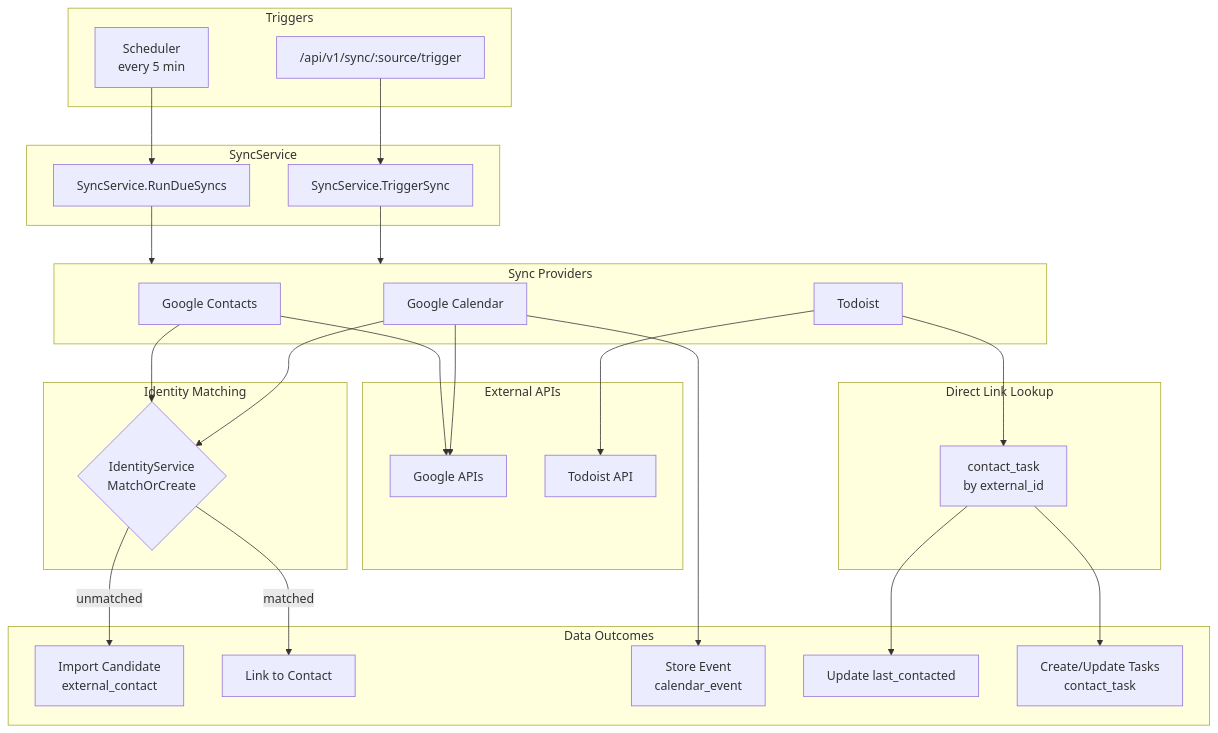
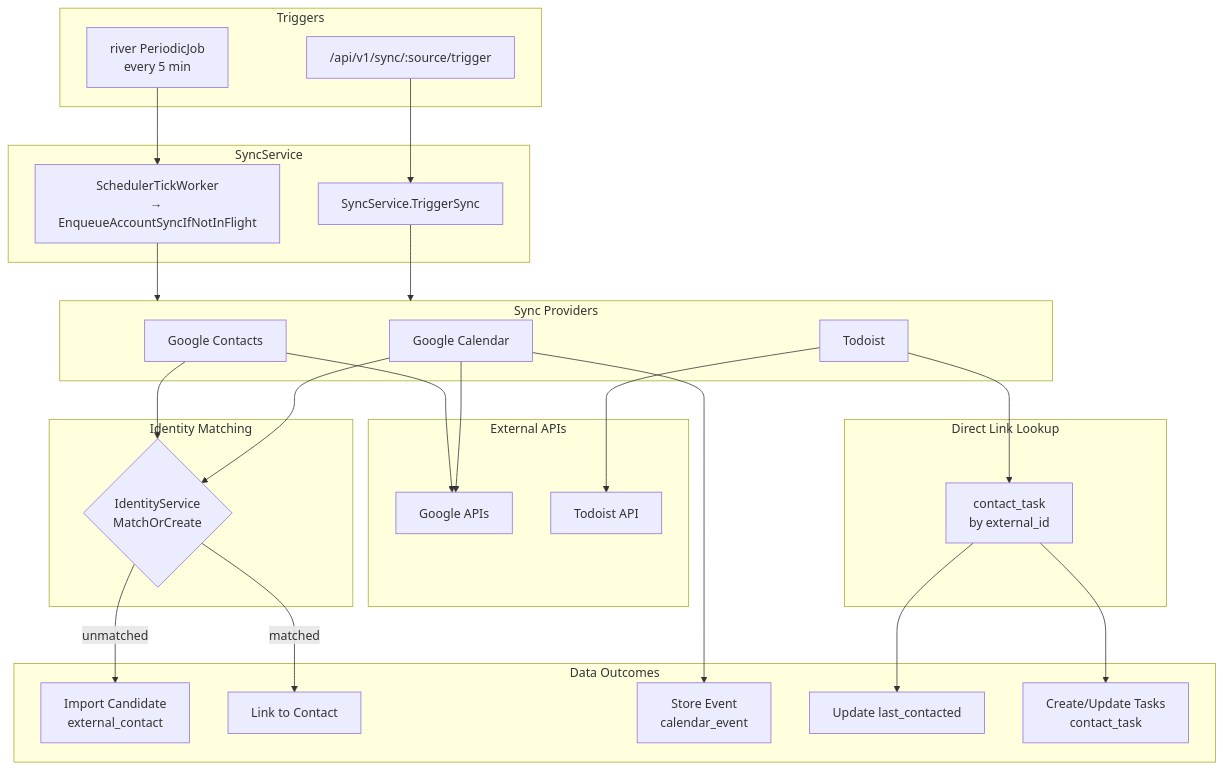
Before and after one commit to spengrah/PersonalCRM: the diagram in .ai/patterns/sync.md, drawn with Mermaid. The commit also changed other lines of this file and 6 other files, not shown here.

First line of the commit message:
test(event-bus): integration tests + docs for river-based scheduler

````diff
--- a/.ai/patterns/sync.md
+++ b/.ai/patterns/sync.md
@@ -58,58 +73,58 @@
 ```mermaid
 flowchart TB
     subgraph Triggers
-        SCHED[Scheduler<br/>every 5 min]
+        SCHED[river PeriodicJob<br/>every 5 min]
         API_CALL["/api/v1/sync/:source/trigger"]
     end
 
     subgraph SyncService
-        DUE[SyncService.RunDueSyncs]
+        DUE[SchedulerTickWorker<br/>&rarr; EnqueueAccountSyncIfNotInFlight]
         TRIG[SyncService.TriggerSync]
     end
 
     subgraph Providers["Sync Providers"]
         GCONTACTS_PROV[Google Contacts]
         GCAL_PROV[Google Calendar]
         TODOIST_PROV[Todoist]
     end
 
     subgraph External["External APIs"]
         GOOGLE_API[Google APIs]
         TODOIST_API[Todoist API]
     end
 
     subgraph IdentityMatch["Identity Matching"]
         MATCH{IdentityService<br/>MatchOrCreate}
     end
 
     subgraph DirectLookup["Direct Link Lookup"]
         TASK_LOOKUP[contact_task<br/>by external_id]
     end
 
     subgraph Outcomes["Data Outcomes"]
         IMPORT[Import Candidate<br/>external_contact]
         LINK_CONTACT[Link to Contact]
         STORE_EVENT[Store Event<br/>calendar_event]
         UPDATE_CONTACTED[Update last_contacted]
         MANAGE_TASKS[Create/Update Tasks<br/>contact_task]
     end
 
     SCHED --> DUE
     API_CALL --> TRIG
     DUE --> Providers
     TRIG --> Providers
 
     GCONTACTS_PROV --> GOOGLE_API
     GCAL_PROV --> GOOGLE_API
     TODOIST_PROV --> TODOIST_API
 
     GCONTACTS_PROV --> MATCH
     GCAL_PROV --> MATCH
     TODOIST_PROV --> TASK_LOOKUP
 
     MATCH -->|unmatched| IMPORT
     MATCH -->|matched| LINK_CONTACT
     GCAL_PROV --> STORE_EVENT
     TASK_LOOKUP --> UPDATE_CONTACTED
     TASK_LOOKUP --> MANAGE_TASKS
 ```
````
